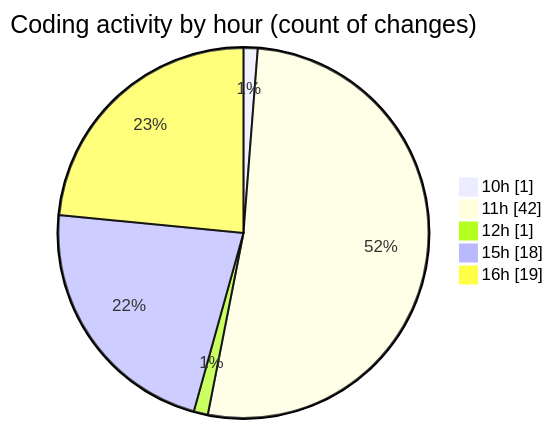
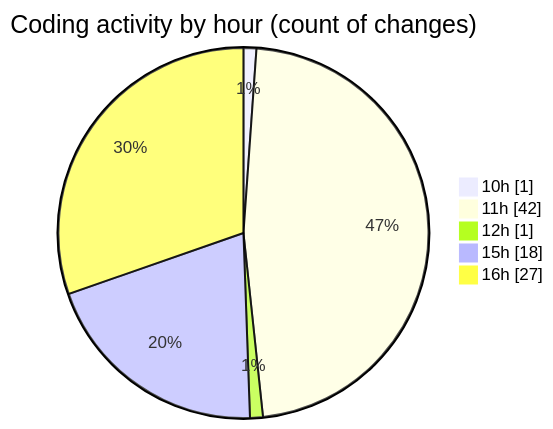
The second of 2 diagrams in 2025-06-25/nxtqube_webapp/README.md (nxtqubesakshisongat/code-tracking), drawn with Mermaid before and after one commit. The commit also changed other lines of this file and 1 other file, not shown here.

````diff
--- a/2025-06-25/nxtqube_webapp/README.md
+++ b/2025-06-25/nxtqube_webapp/README.md
@@ -33,9 +33,9 @@
 ```mermaid
 pie showData
 title Coding activity by hour (count of changes)
 "10h" : 1
 "11h" : 42
 "12h" : 1
 "15h" : 18
-"16h" : 19
+"16h" : 27
 ```
````
